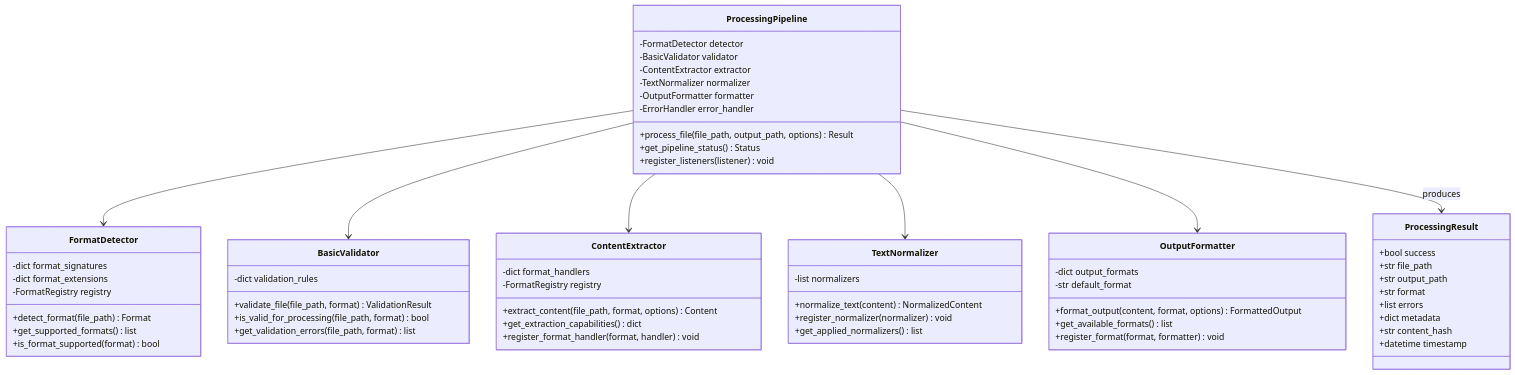
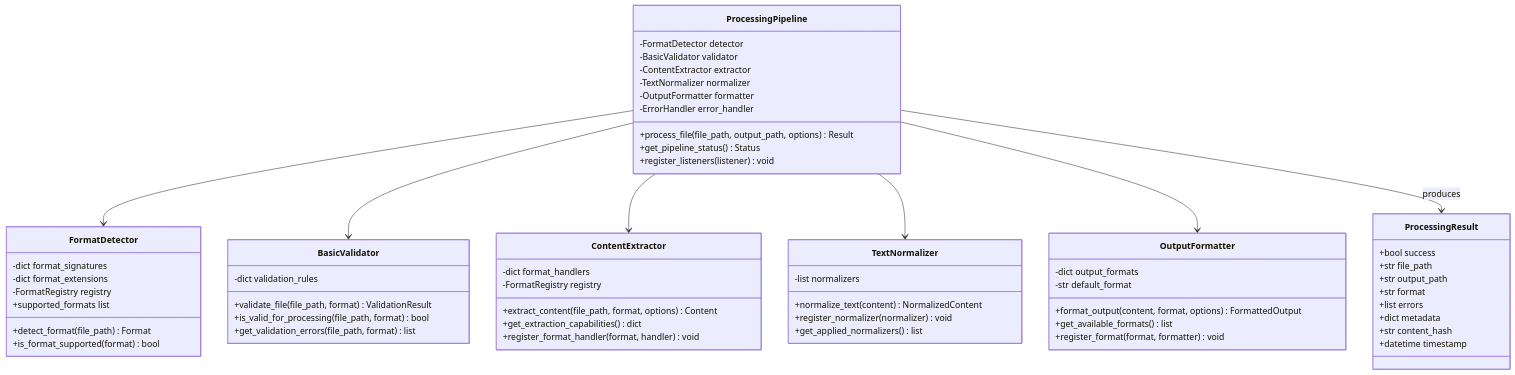
Before and after one commit to endomorphosis/omni_converter_mk2: the third of 6 diagrams in SAD.md, drawn with Mermaid. The commit also changed other lines of this file and 61 other files, not shown here.

````diff
--- a/SAD.md
+++ b/SAD.md
@@ -193,71 +193,71 @@
 ```mermaid
 classDiagram
     class ProcessingPipeline {
         -FormatDetector detector
         -BasicValidator validator
         -ContentExtractor extractor
         -TextNormalizer normalizer
         -OutputFormatter formatter
         -ErrorHandler error_handler
         +process_file(file_path, output_path, options) Result
         +get_pipeline_status() Status
         +register_listeners(listener) void
     }
 
     class FormatDetector {
         -dict format_signatures
         -dict format_extensions
         -FormatRegistry registry
         +detect_format(file_path) Format
-        +get_supported_formats() list
+        +supported_formats list
         +is_format_supported(format) bool
     }
 
     class BasicValidator {
         -dict validation_rules
         +validate_file(file_path, format) ValidationResult
         +is_valid_for_processing(file_path, format) bool
         +get_validation_errors(file_path, format) list
     }
 
     class ContentExtractor {
         -dict format_handlers
         -FormatRegistry registry
         +extract_content(file_path, format, options) Content
         +get_extraction_capabilities() dict
         +register_format_handler(format, handler) void
     }
 
     class TextNormalizer {
         -list normalizers
         +normalize_text(content) NormalizedContent
         +register_normalizer(normalizer) void
         +get_applied_normalizers() list
     }
 
     class OutputFormatter {
         -dict output_formats
         -str default_format
         +format_output(content, format, options) FormattedOutput
         +get_available_formats() list
         +register_format(format, formatter) void
     }
 
     class ProcessingResult {
         +bool success
         +str file_path
         +str output_path
         +str format
         +list errors
         +dict metadata
         +str content_hash
         +datetime timestamp
     }
 
     ProcessingPipeline --> FormatDetector
     ProcessingPipeline --> BasicValidator
     ProcessingPipeline --> ContentExtractor
     ProcessingPipeline --> TextNormalizer
     ProcessingPipeline --> OutputFormatter
     ProcessingPipeline --> ProcessingResult : produces
 ```
````
